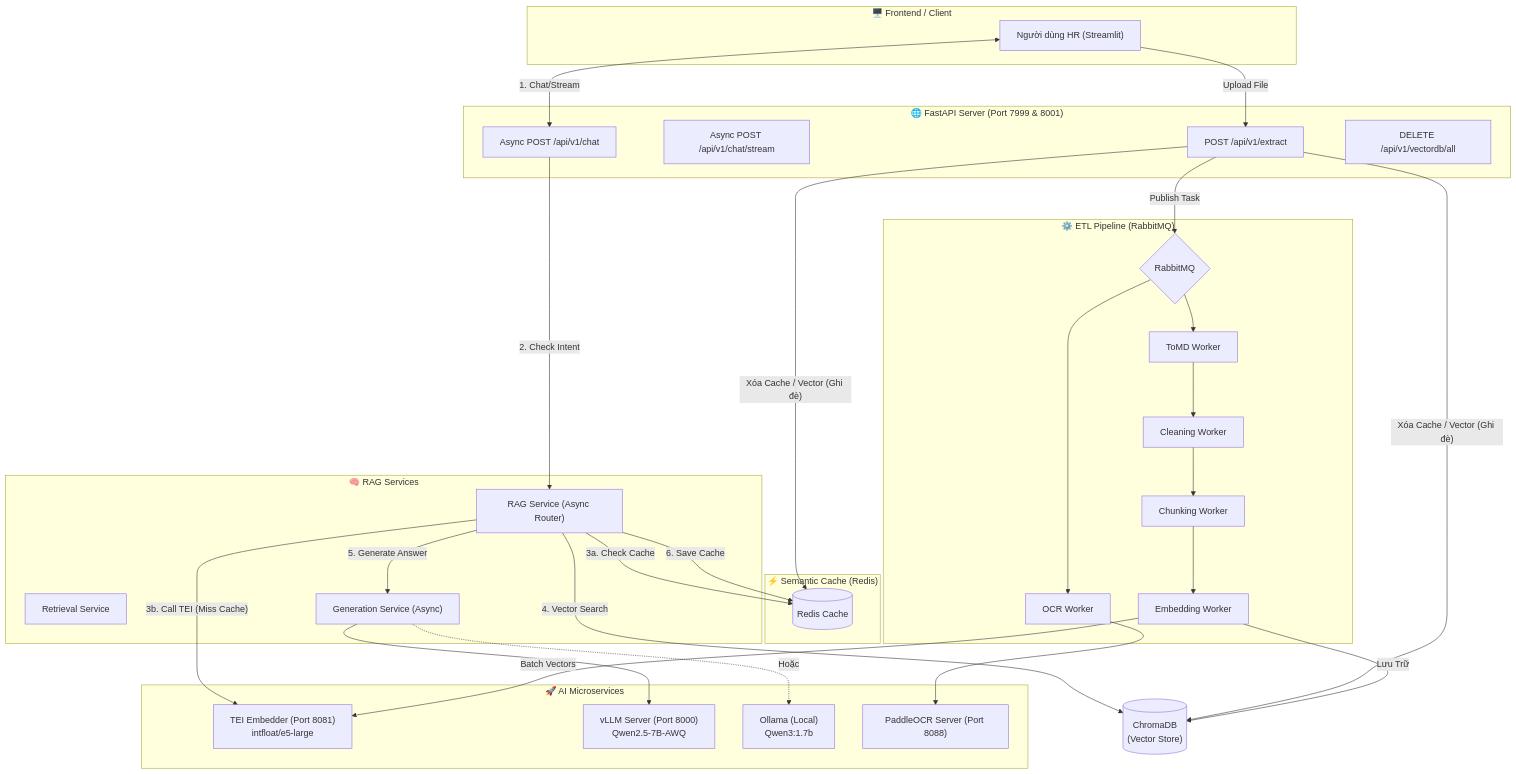
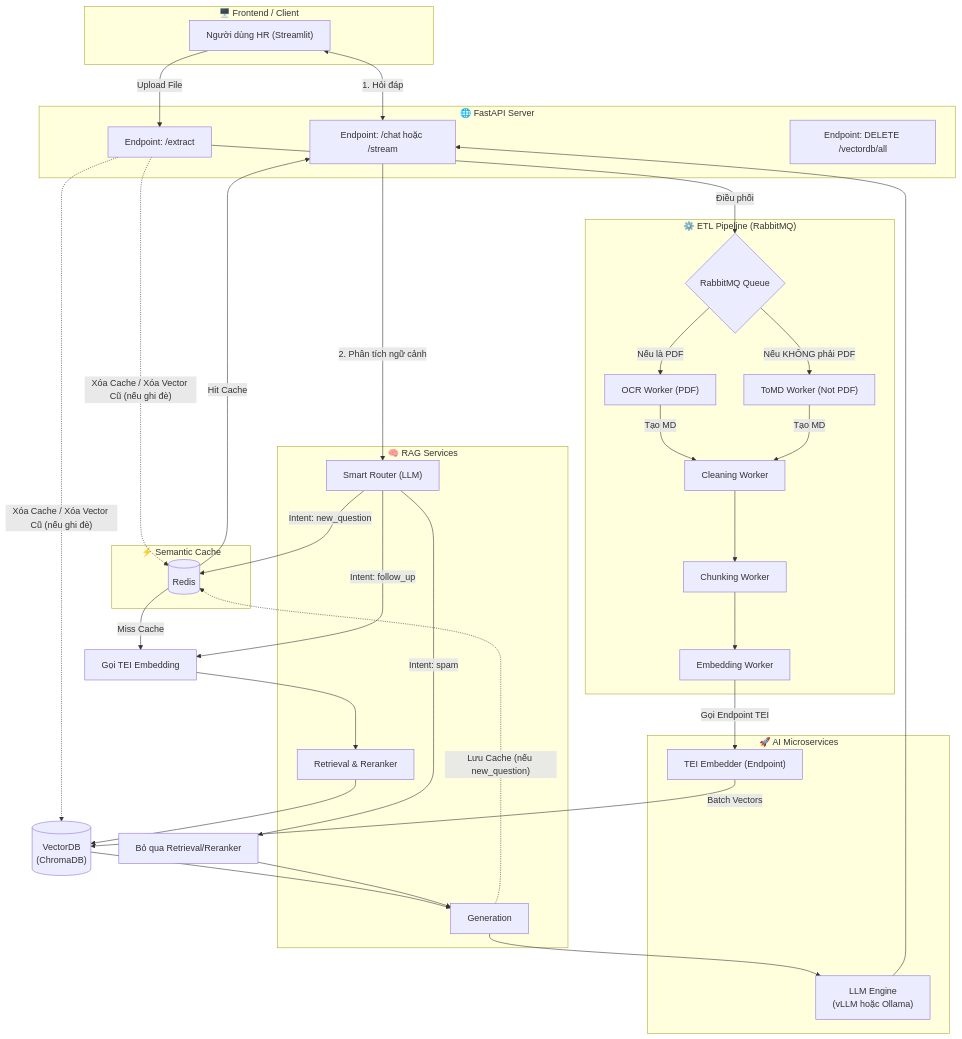
Before and after one commit to hoangit03/Chatbot-CT-Group: the diagram in README.md, drawn with Mermaid. The commit also changed other lines of this file and 1 other file, not shown here.

Commit message:
feat: implement Redis-based semantic cache service and update README documentation

````diff
--- a/README.md
+++ b/README.md
@@ -13,63 +13,72 @@
 ```mermaid
 flowchart TD
     subgraph FRONTEND["🖥️ Frontend / Client"]
         User["Người dùng HR (Streamlit)"]
     end
 
-    subgraph API_LAYER["🌐 FastAPI Server (Port 7999 & 8001)"]
-        ChatAPI["Async POST /api/v1/chat"]
-        StreamAPI["Async POST /api/v1/chat/stream"]
-        ExtractAPI["POST /api/v1/extract"]
-        VectorAPI["DELETE /api/v1/vectordb/all"]
+    subgraph API_LAYER["🌐 FastAPI Server"]
+        ChatAPI["Endpoint: /chat hoặc /stream"]
+        ExtractAPI["Endpoint: /extract"]
+        VectorAPI["Endpoint: DELETE /vectordb/all"]
     end
 
-    subgraph CACHE_LAYER["⚡ Semantic Cache (Redis)"]
-        Redis[(Redis Cache)]
+    subgraph CACHE_LAYER["⚡ Semantic Cache"]
+        Redis[(Redis)]
+    end
+
+    subgraph MICROSERVICES["🚀 AI Microservices"]
+        TEI["TEI Embedder (Endpoint)"]
+        LLM["LLM Engine\n(vLLM hoặc Ollama)"]
     end
 
     subgraph RAG_SERVICES["🧠 RAG Services"]
-        RAG["RAG Service (Async Router)"]
-        Retrieval["Retrieval Service"]
-        Generation["Generation Service (Async)"]
-    end
-
-    subgraph MICROSERVICES["🚀 AI Microservices"]
-        TEI["TEI Embedder (Port 8081)\nintfloat/e5-large"]
-        LLM_VLLM["vLLM Server (Port 8000)\nQwen2.5-7B-AWQ"]
-        LLM_OLLAMA["Ollama (Local)\nQwen3:1.7b"]
-        OCR["PaddleOCR Server (Port 8088)"]
+        Router["Smart Router (LLM)"]
+        Retrieval["Retrieval & Reranker"]
+        Gen["Generation"]
     end
 
     subgraph PIPELINE["⚙️ ETL Pipeline (RabbitMQ)"]
-        MQ{"RabbitMQ"}
-        W1["OCR Worker"]
-        W2["ToMD Worker"]
+        MQ{"RabbitMQ Queue"}
+        W1["OCR Worker (PDF)"]
+        W2["ToMD Worker (Not PDF)"]
         WC["Cleaning Worker"]
         W3["Chunking Worker"]
         W4["Embedding Worker"]
     end
 
-    VDB[("ChromaDB\n(Vector Store)")]
+    VDB[("VectorDB\n(ChromaDB)")]
 
     %% Khối Chatbot
-    User <-->|"1. Chat/Stream"| ChatAPI
-    ChatAPI -->|"2. Check Intent"| RAG
-    RAG -->|"3a. Check Cache"| Redis
-    RAG -->|"3b. Call TEI (Miss Cache)"| TEI
-    RAG -->|"4. Vector Search"| VDB
-    RAG -->|"5. Generate Answer"| Generation
-    Generation --> LLM_VLLM
-    Generation -.->|"Hoặc"| LLM_OLLAMA
-    RAG -->|"6. Save Cache"| Redis
+    User <-->|"1. Hỏi đáp"| ChatAPI
+    ChatAPI -->|"2. Phân tích ngữ cảnh"| Router
+    
+    Router -->|"Intent: new_question"| Redis
+    Redis -- "Hit Cache" --> ChatAPI
+    Redis -- "Miss Cache" --> TEI_Chat["Gọi TEI Embedding"]
+    TEI_Chat --> Retrieval
+    
+    Router -->|"Intent: follow_up"| TEI_Chat
+    
+    Router -->|"Intent: spam"| Gen_Spam["Bỏ qua Retrieval/Reranker"]
+    
+    Retrieval --> VDB
+    VDB --> Gen
+    Gen_Spam --> Gen
+    Gen --> LLM
+    LLM --> ChatAPI
+    Gen -.->|"Lưu Cache (nếu new_question)"| Redis
 
-    %% Khối Upload ETL
+    %% Khối ETL
     User -->|"Upload File"| ExtractAPI
-    ExtractAPI -->|"Publish Task"| MQ
-    ExtractAPI -->|"Xóa Cache / Vector (Ghi đè)"| Redis & VDB
+    ExtractAPI -->|"Điều phối"| MQ
+    ExtractAPI -.->|"Xóa Cache / Xóa Vector Cũ (nếu ghi đè)"| Redis & VDB
     
-    MQ --> W1 & W2
-    W1 --> OCR
-    W2 --> WC --> W3 --> W4
-    W4 -->|"Batch Vectors"| TEI
-    W4 -->|"Lưu Trữ"| VDB
+    MQ -->|"Nếu là PDF"| W1
+    MQ -->|"Nếu KHÔNG phải PDF"| W2
+    W1 -->|"Tạo MD"| WC
+    W2 -->|"Tạo MD"| WC
+    WC --> W3
+    W3 --> W4
+    W4 -->|"Gọi Endpoint TEI"| TEI
+    TEI -->|"Batch Vectors"| VDB
 ```
````
